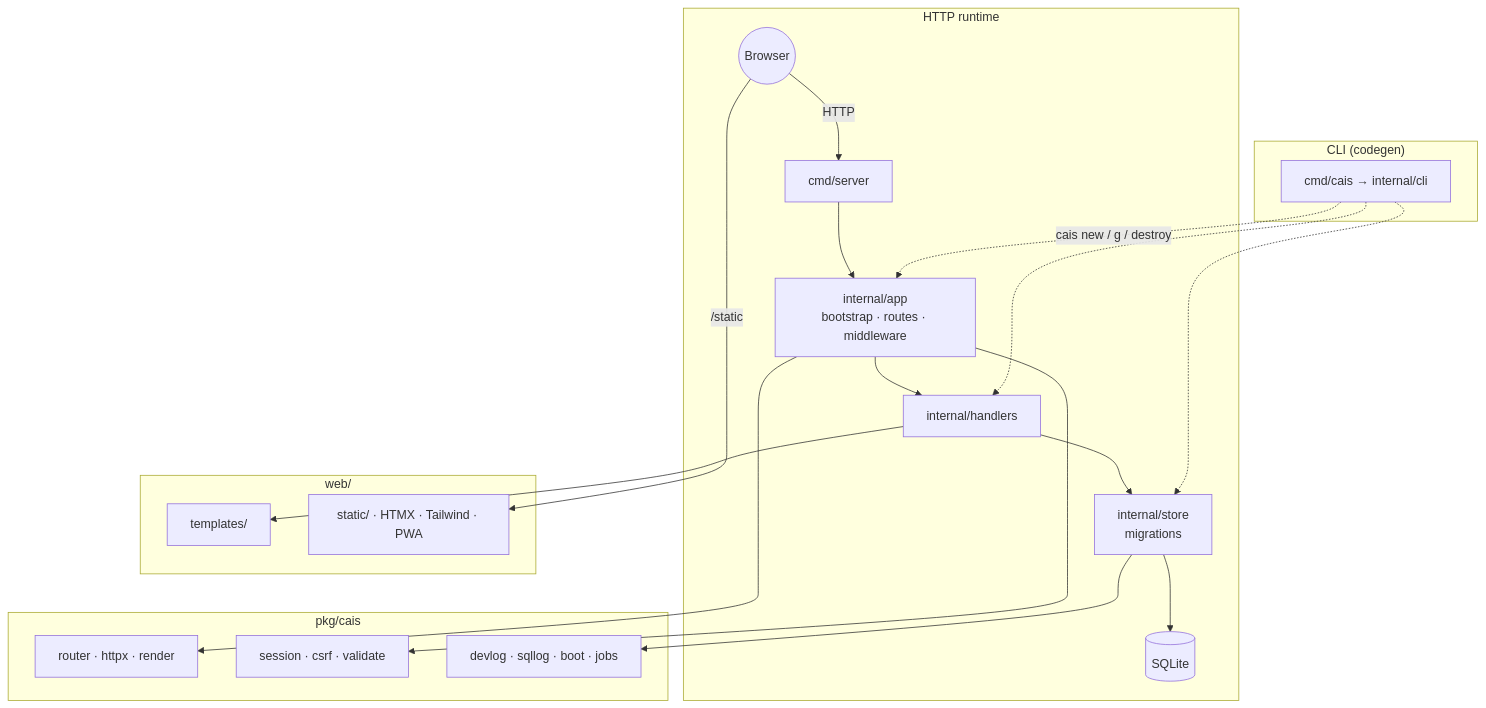
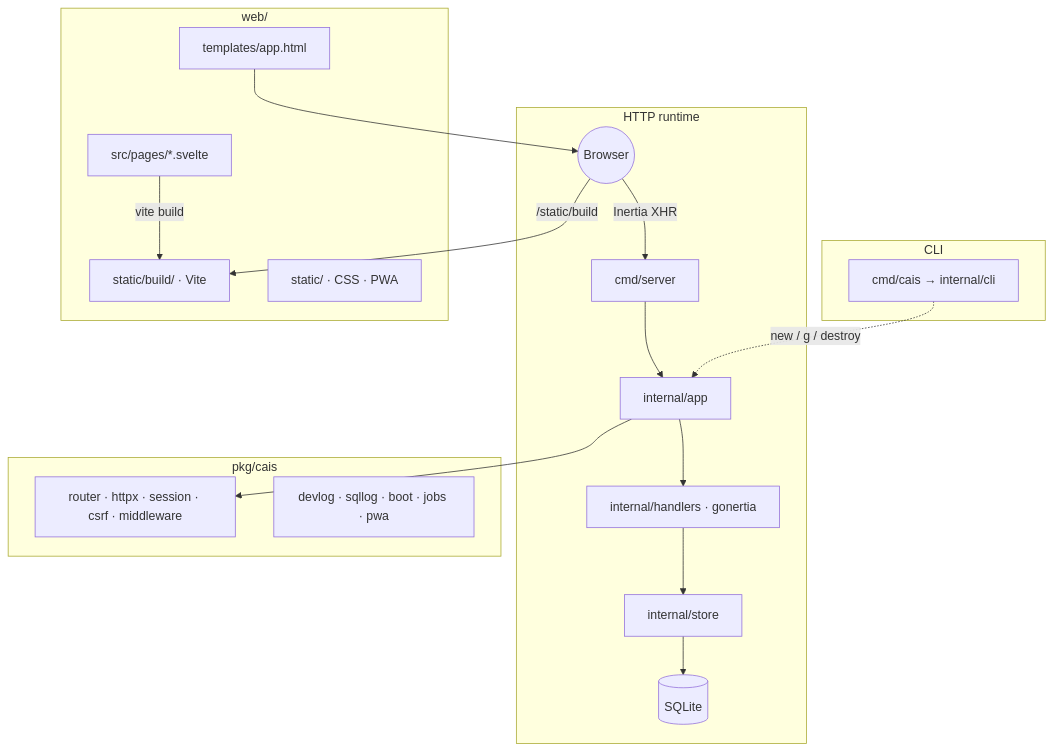
Before and after one commit to puppe1990/cais: the diagram in README.md, drawn with Mermaid. The commit also changed other lines of this file, not shown here.

First line of the commit message:
docs: refresh README for Inertia + Svelte 5 stack (#131)

````diff
--- a/README.md
+++ b/README.md
@@ -107,41 +82,36 @@
 ```mermaid
 flowchart TB
-  subgraph cli["CLI (codegen)"]
+  subgraph cli["CLI"]
     CaisCLI["cmd/cais → internal/cli"]
   end
 
   subgraph runtime["HTTP runtime"]
     Browser(("Browser"))
     Server["cmd/server"]
-    App["internal/app<br/>bootstrap · routes · middleware"]
-    Handlers["internal/handlers"]
-    Store["internal/store<br/>migrations"]
+    App["internal/app"]
+    Handlers["internal/handlers · gonertia"]
+    Store["internal/store"]
     DB[(SQLite)]
   end
 
   subgraph framework["pkg/cais"]
-    Router["router · httpx · render"]
-    Security["session · csrf · validate"]
-    DX["devlog · sqllog · boot · jobs"]
+    Core["router · httpx · session · csrf · middleware"]
+    DX["devlog · sqllog · boot · jobs · pwa"]
   end
 
   subgraph web["web/"]
-    Templates["templates/"]
-    Static["static/ · HTMX · Tailwind · PWA"]
+    AppHTML["templates/app.html"]
+    Svelte["src/pages/*.svelte"]
+    Build["static/build/ · Vite"]
+    Static["static/ · CSS · PWA"]
   end
 
-  CaisCLI -.->|cais new / g / destroy| App
-  CaisCLI -.-> Handlers
-  CaisCLI -.-> Store
-
-  Browser -->|HTTP| Server
-  Server --> App
-  App --> Router
-  App --> Security
-  App --> Handlers
-  Handlers --> Templates
-  Handlers --> Store
-  Store --> DX
-  Store --> DB
-  Browser -->|/static| Static
+  CaisCLI -.->|new / g / destroy| App
+  Browser -->|Inertia XHR| Server
+  Server --> App --> Handlers
+  Handlers --> Store --> DB
+  App --> Core
+  Browser -->|/static/build| Build
+  Svelte -->|vite build| Build
+  AppHTML --> Browser
 ```
````
